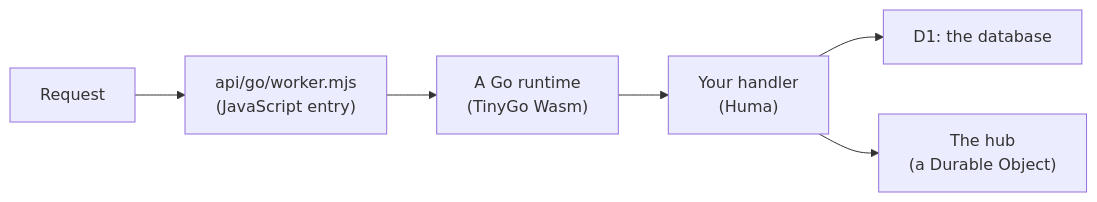
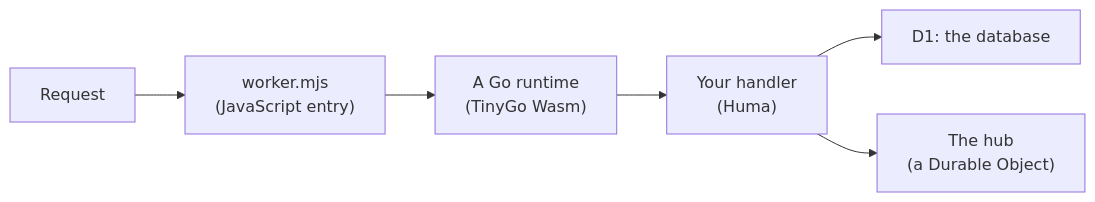
The diagram in docs/concepts/workers-go.md (joeblew999/charter), drawn with Mermaid before and after one commit. The commit also changed other lines of this file and 49 other files, not shown here.

Commit message:
docs follow the moves: paths, commands, task names, module paths and URLs (the pages themselves are step 3); the release config builds charter

````diff
--- a/docs/concepts/workers-go.md
+++ b/docs/concepts/workers-go.md
@@ -15,8 +15,8 @@
 ```mermaid
 flowchart LR
-    R["Request"] --> J["api/go/worker.mjs<br/>(JavaScript entry)"]
+    R["Request"] --> J["worker.mjs<br/>(JavaScript entry)"]
     J --> G["A Go runtime<br/>(TinyGo Wasm)"]
     G --> H["Your handler<br/>(Huma)"]
     H --> D["D1: the database"]
     H --> U["The hub<br/>(a Durable Object)"]
 ```
````
